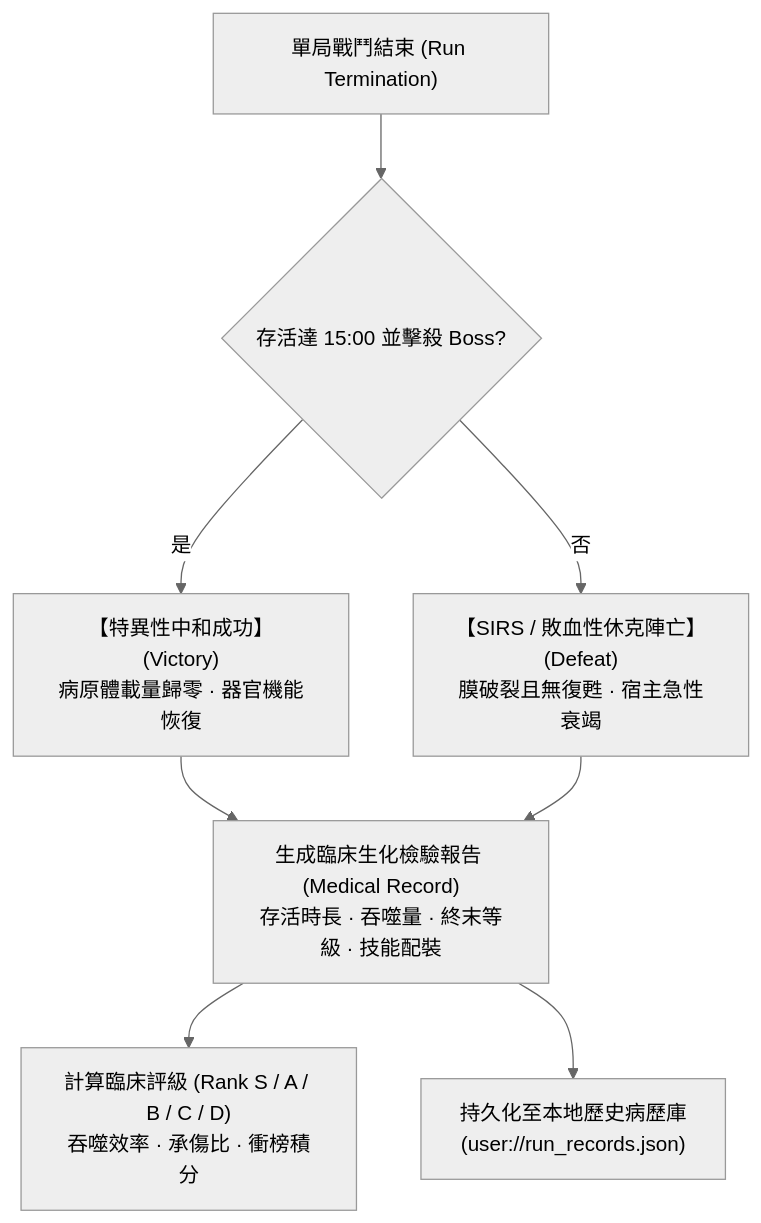
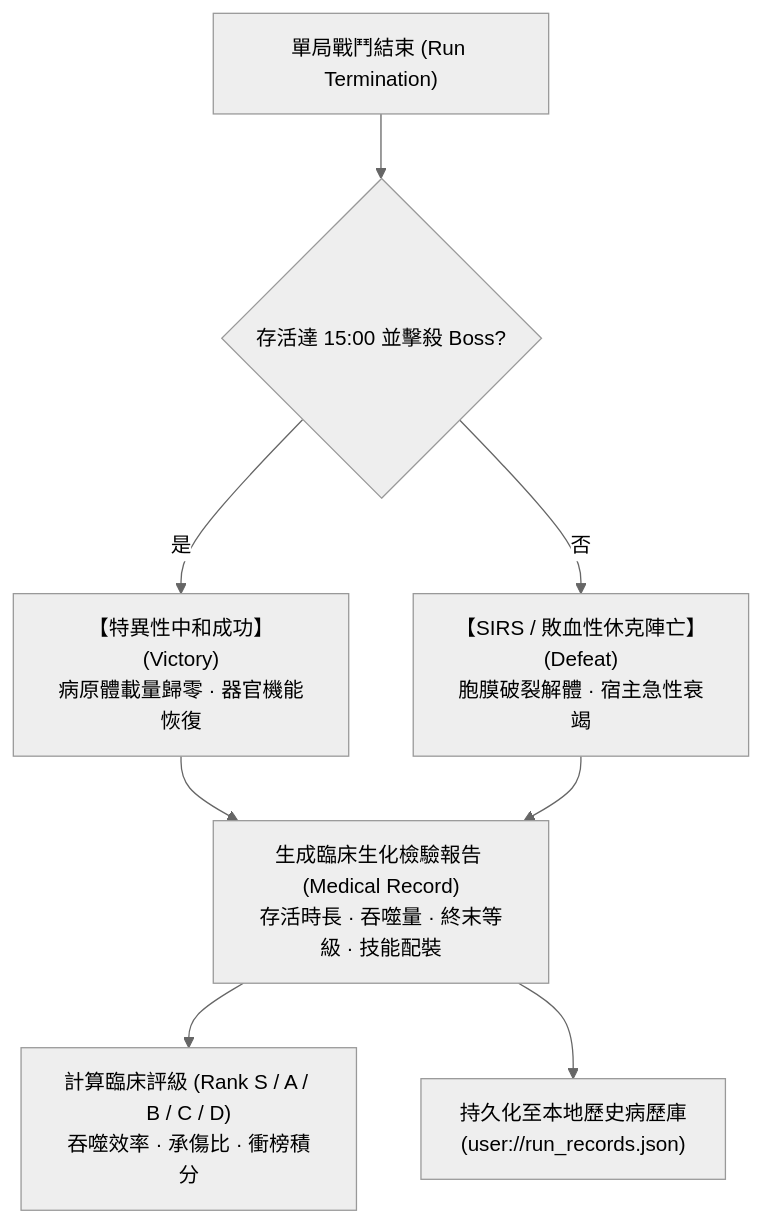
One commit to skyrocket-qy/Phagocyte changed the diagram in docs/record.md. Above: the diagram before and after it, drawn with Mermaid (neutral theme). The commit also changed other lines of this file and 4 other files, not shown here.

````diff
--- a/docs/record.md
+++ b/docs/record.md
@@ -9,9 +9,9 @@
 ```mermaid
 flowchart TD
     RunEnd["單局戰鬥結束 (Run Termination)"] --> CheckResult{存活達 15:00 並擊殺 Boss?}
     CheckResult -- 是 --> Vic["【特異性中和成功】(Victory)<br>病原體載量歸零 · 器官機能恢復"]
-    CheckResult -- 否 --> Def["【SIRS / 敗血性休克陣亡】(Defeat)<br>膜破裂且無復甦 · 宿主急性衰竭"]
+    CheckResult -- 否 --> Def["【SIRS / 敗血性休克陣亡】(Defeat)<br>胞膜破裂解體 · 宿主急性衰竭"]
     Vic & Def --> Gen["生成臨床生化檢驗報告 (Medical Record)<br>存活時長 · 吞噬量 · 終末等級 · 技能配裝"]
     Gen --> Rank["計算臨床評級 (Rank S / A / B / C / D)<br>吞噬效率 · 承傷比 · 衝榜積分"]
     Gen --> Persist["持久化至本地歷史病歷庫<br>(user://run_records.json)"]
 ```
````
